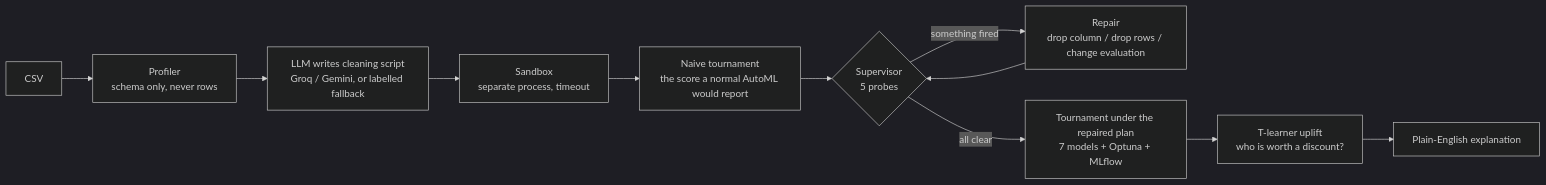
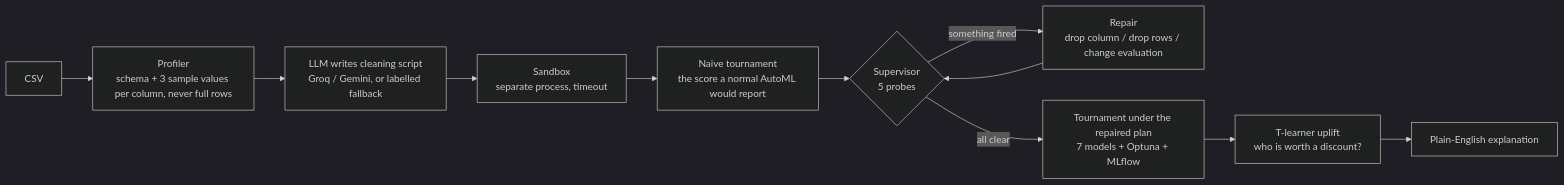
Before and after one commit to umar-thedataguy/rubicon: the diagram in README.md, drawn with Mermaid (dark theme). The commit also changed other lines of this file and 3 other files, not shown here.

Commit message:
Accurate privacy wording; schema-only option; .env robustness

````diff
--- a/README.md
+++ b/README.md
@@ -27,13 +27,13 @@
 ```mermaid
 flowchart LR
-    A[CSV] --> B[Profiler<br/>schema only, never rows]
+    A[CSV] --> B[Profiler<br/>schema + 3 sample values per column, never full rows]
     B --> C[LLM writes cleaning script<br/>Groq / Gemini, or labelled fallback]
     C --> D[Sandbox<br/>separate process, timeout]
     D --> E[Naive tournament<br/>the score a normal AutoML would report]
     E --> F{Supervisor<br/>5 probes}
     F -- something fired --> G[Repair<br/>drop column / drop rows / change evaluation]
     G --> F
     F -- all clear --> H[Tournament under the repaired plan<br/>7 models + Optuna + MLflow]
     H --> I[T-learner uplift<br/>who is worth a discount?]
     I --> J[Plain-English explanation]
 ```
````
